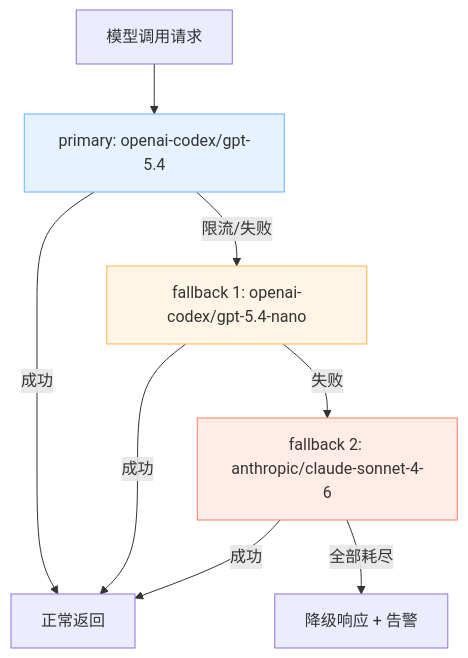
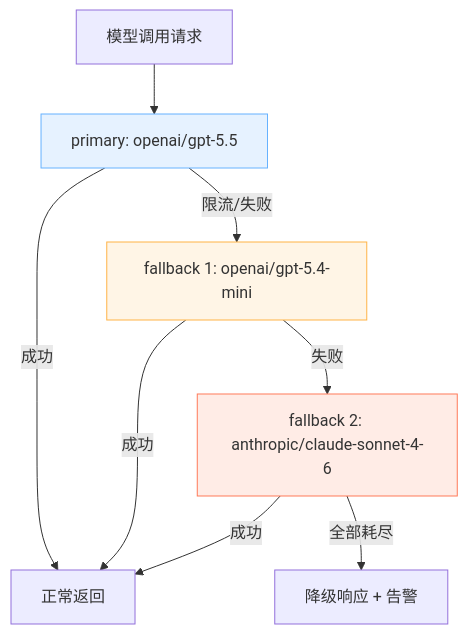
The diagram in 11_reliability_security/11.3_fallback_rules.md (yeasy/openclaw_guide), drawn with Mermaid before and after one commit. The commit also changed other lines of this file and 89 other files, not shown here.

````diff
--- a/11_reliability_security/11.3_fallback_rules.md
+++ b/11_reliability_security/11.3_fallback_rules.md
@@ -26,14 +26,14 @@
 ```mermaid
 flowchart TD
-  req["模型调用请求"] --> p["primary: openai-codex/gpt-5.4"]
+   req["模型调用请求"] --> p["primary: openai/gpt-5.5"]
   p -->|"成功"| ok["正常返回"]
-  p -->|"限流/失败"| f1["fallback 1: openai-codex/gpt-5.4-nano"]
+   p -->|"限流/失败"| f1["fallback 1: openai/gpt-5.4-mini"]
   f1 -->|"成功"| ok
   f1 -->|"失败"| f2["fallback 2: anthropic/claude-sonnet-4-6"]
   f2 -->|"成功"| ok
   f2 -->|"全部耗尽"| degrade["降级响应 + 告警"]
 
   style p fill:#e6f2ff,stroke:#66b2ff
   style f1 fill:#fff5e6,stroke:#ffb347
   style f2 fill:#ffece6,stroke:#ff7a59
 ```
````
